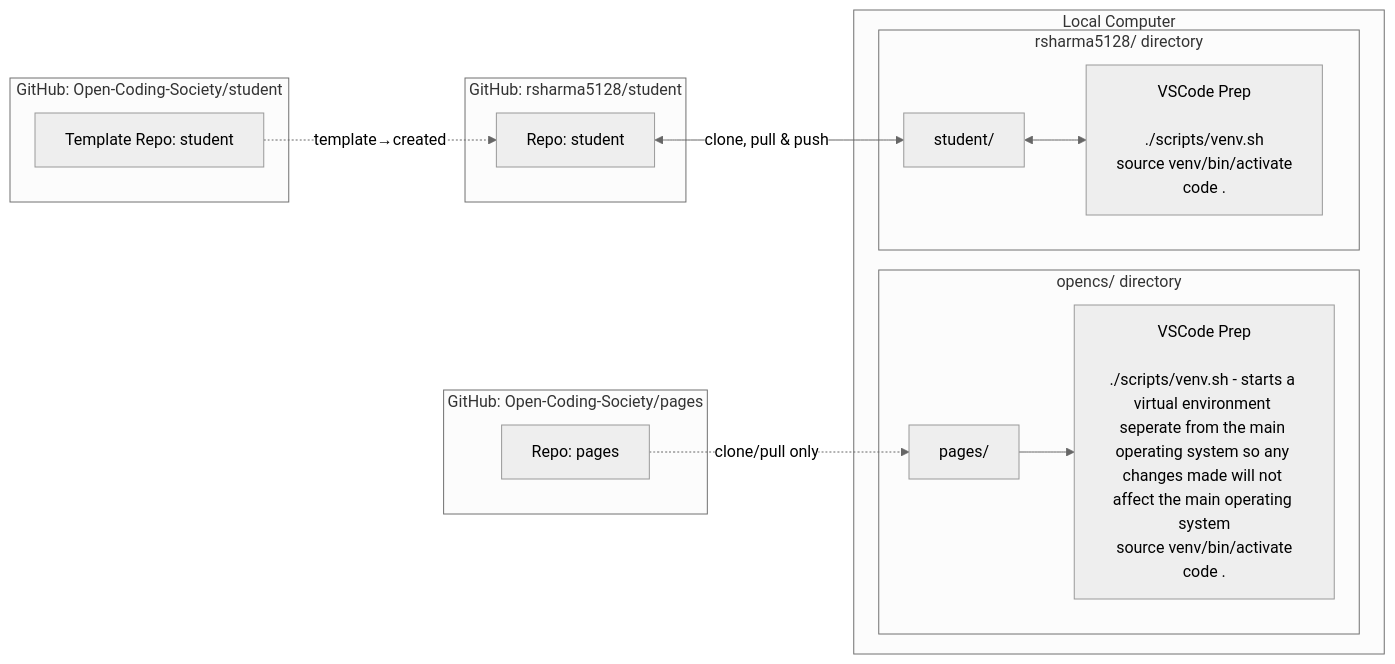
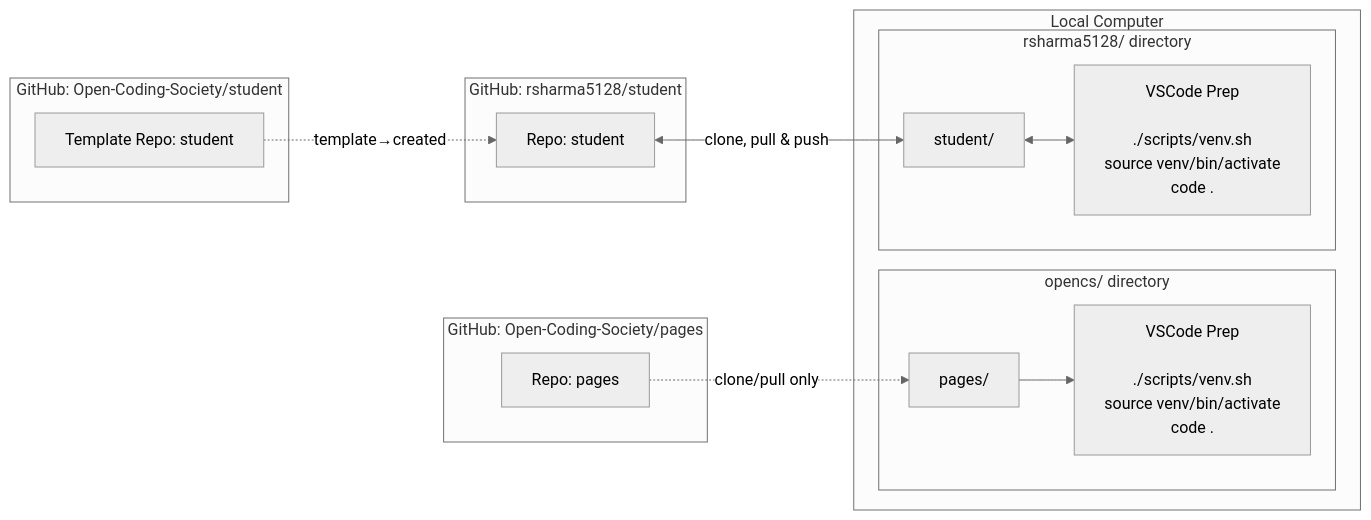
One commit to rsharma5128/student changed the diagram in navigation/journey.md. Above: the diagram before and after it, drawn with Mermaid (neutral theme).

Commit message:
reverted description, warped font size

````diff
--- a/navigation/journey.md
+++ b/navigation/journey.md
@@ -17,39 +17,39 @@
 ```mermaid
 flowchart LR
     %% GitHub Sources
     subgraph GitHub_Pages[GitHub: Open-Coding-Society/pages]
         A[Repo: pages]:::repo
     end
 
     subgraph GitHub_Template[GitHub: Open-Coding-Society/student]
         T[Template Repo: student]:::repo
     end
 
     subgraph GitHub_Student[GitHub: rsharma5128/student]
         B[Repo: student]:::repo
     end
 
     %% Local Computer
     subgraph Local[Local Computer]
         subgraph opencs_dir[opencs/ directory]
             C[pages/]:::local
-            Ccmd[VSCode Prep<br/><br/>./scripts/venv.sh - starts a virtual environment seperate from the main operating system so any changes made will not affect the main operating system<br/>source venv/bin/activate<br/>code .]:::cmd
+            Ccmd[VSCode Prep<br/><br/>./scripts/venv.sh<br/>source venv/bin/activate<br/>code .]:::cmd
         end
         subgraph user_dir[rsharma5128/ directory]
             D[student/]:::local
             Dcmd[VSCode Prep<br/><br/>./scripts/venv.sh<br/>source venv/bin/activate<br/>code .]:::cmd
         end
     end
 
     %% Arrows: cloning
     A -.->|clone/pull only| C
     B <--> |clone, pull & push| D
 
     %% Arrows: template relationship
     T -.->|template→created| B
 
     %% Arrows: commands
     C --> Ccmd
     D <--> Dcmd
 
 ```
````
